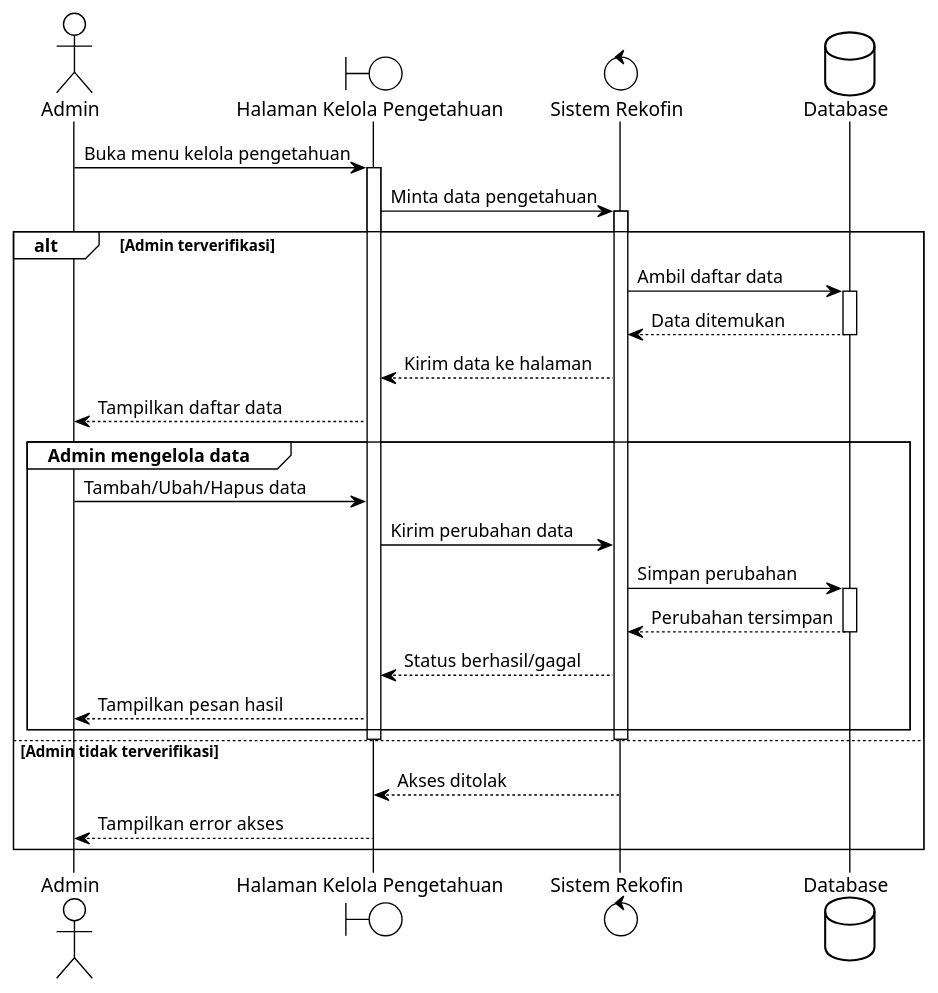
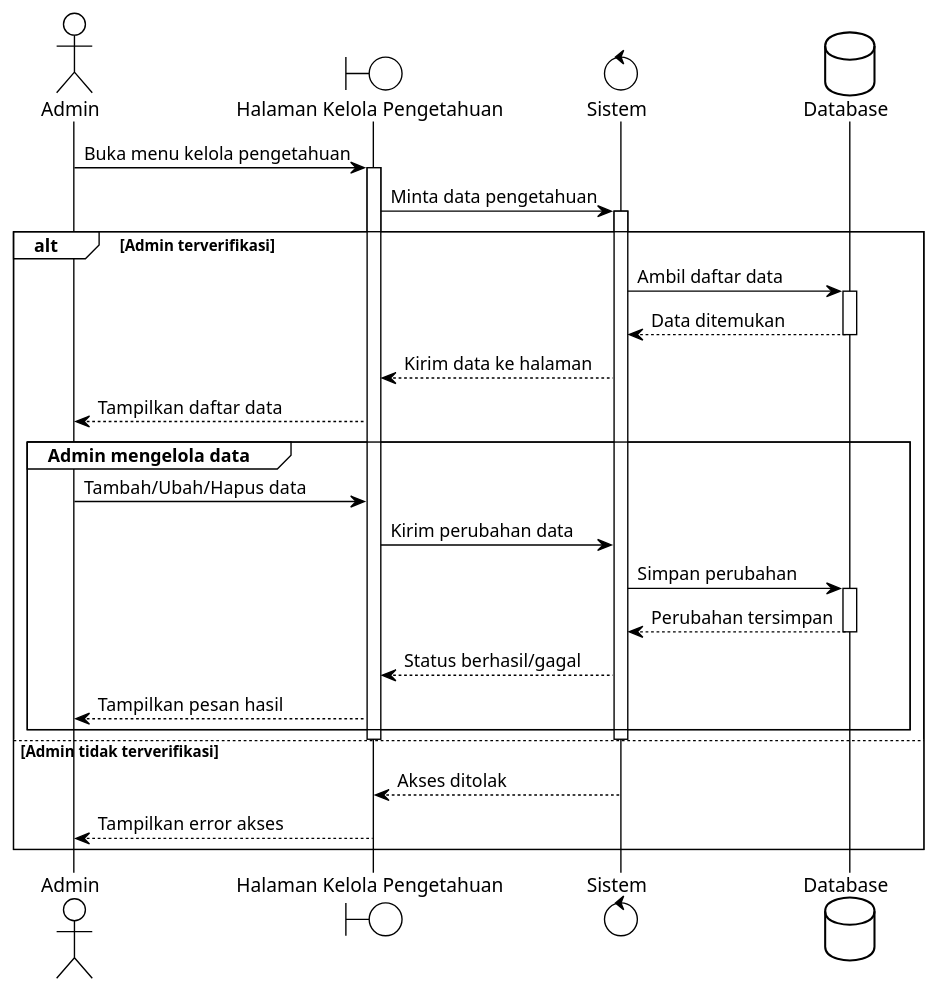
One commit to fadlanrizki/rekofin-ui changed the diagram in dokumentasi/bab3/uml/sequence-diagram/admin/kelola-pengetahuan-admin.puml. Above: the diagram before and after it, drawn with PlantUML. The commit also changed 1 other file, not shown here.

Commit message:
refactor: rename control component in kelola-pengetahuan-admin sequence diagram

```diff
--- a/dokumentasi/bab3/uml/sequence-diagram/admin/kelola-pengetahuan-admin.puml
+++ b/dokumentasi/bab3/uml/sequence-diagram/admin/kelola-pengetahuan-admin.puml
@@ -1,42 +1,42 @@
 @startuml
 !theme plain
 
 actor "Admin" as A
 boundary "Halaman Kelola Pengetahuan" as FE
-control "Sistem Rekofin" as SYS
+control "Sistem" as SYS
 database "Database" as DB
 
 A -> FE: Buka menu kelola pengetahuan
 activate FE
 FE -> SYS: Minta data pengetahuan
 activate SYS
 
 alt Admin terverifikasi
   SYS -> DB: Ambil daftar data
   activate DB
   DB --> SYS: Data ditemukan
   deactivate DB
   SYS --> FE: Kirim data ke halaman
   FE --> A: Tampilkan daftar data
 
   group Admin mengelola data
     A -> FE: Tambah/Ubah/Hapus data
     FE -> SYS: Kirim perubahan data
     SYS -> DB: Simpan perubahan
     activate DB
     DB --> SYS: Perubahan tersimpan
     deactivate DB
     SYS --> FE: Status berhasil/gagal
     FE --> A: Tampilkan pesan hasil
   end
 
   deactivate SYS
   deactivate FE
 else Admin tidak terverifikasi
   SYS --> FE: Akses ditolak
   deactivate SYS
   FE --> A: Tampilkan error akses
   deactivate FE
 end
 
 @enduml
```
